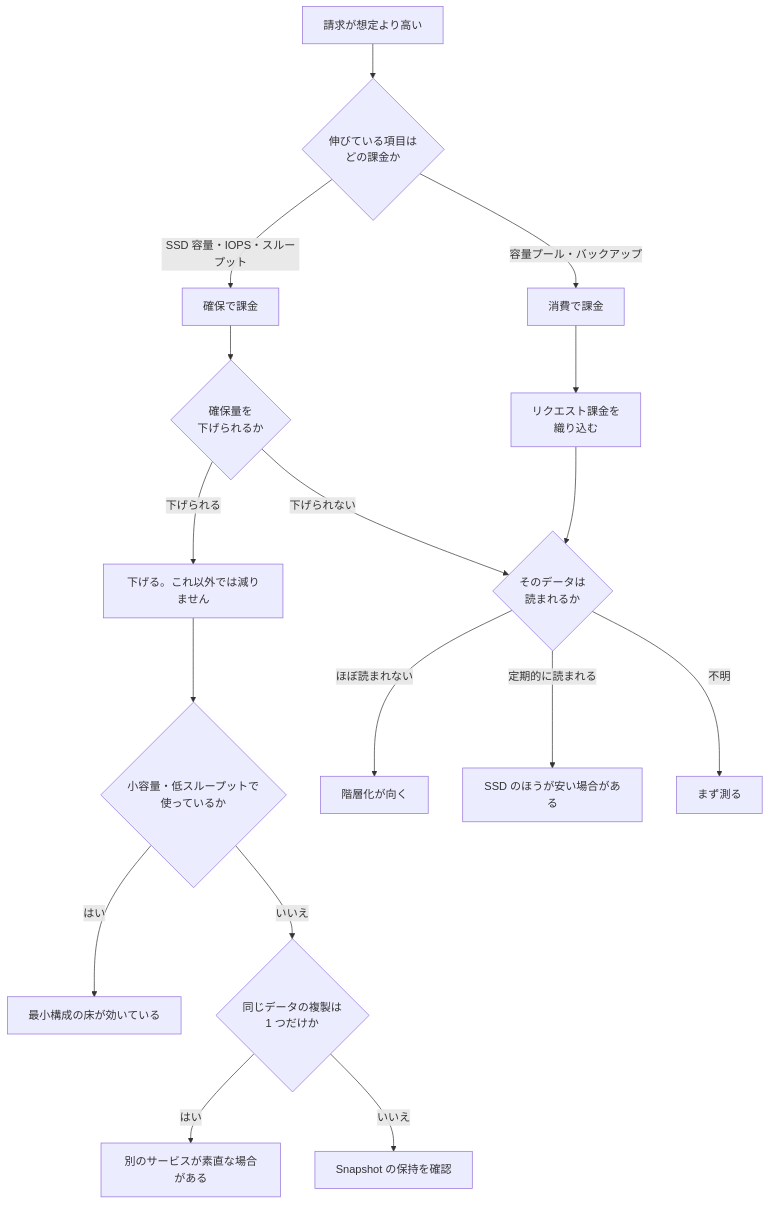
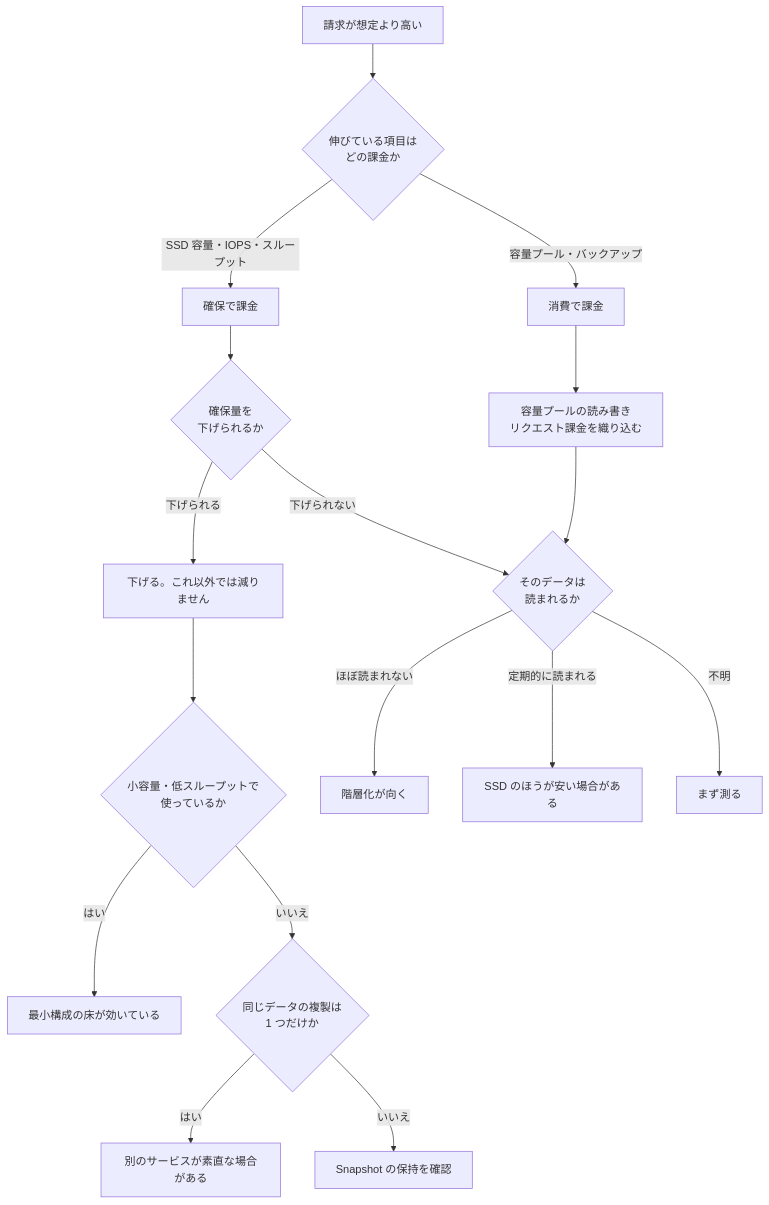
One commit to Yoshiki0705/FSx-for-ONTAP-Adoption-Playbook changed the diagram in docs/ja/reference/decision-trees/cost-higher-than-expected.md. Above: the diagram before and after it, drawn with Mermaid. The commit also changed other lines of this file and 23 other files, not shown here.

````diff
--- a/docs/ja/reference/decision-trees/cost-higher-than-expected.md
+++ b/docs/ja/reference/decision-trees/cost-higher-than-expected.md
@@ -56,19 +56,19 @@
 ```mermaid
 graph TD
     A[請求が想定より高い] --> B{伸びている項目は<br/>どの課金か}
     B -->|SSD 容量・IOPS・スループット| P[確保で課金]
     B -->|容量プール・バックアップ| C[消費で課金]
     P --> P1{確保量を<br/>下げられるか}
     P1 -->|下げられる| DOWN[下げる。これ以外では減りません]
     P1 -->|下げられない| ACC
-    C --> REQ[リクエスト課金を<br/>織り込む]
+    C --> REQ[容量プールの読み書き<br/>リクエスト課金を織り込む]
     REQ --> ACC{そのデータは<br/>読まれるか}
     ACC -->|ほぼ読まれない| TIER[階層化が向く]
     ACC -->|定期的に読まれる| STAY[SSD のほうが安い場合がある]
     ACC -->|不明| MEASURE[まず測る]
     DOWN --> FLOOR{小容量・低スループットで<br/>使っているか}
     FLOOR -->|はい| MIN[最小構成の床が効いている]
     FLOOR -->|いいえ| COPIES{同じデータの複製は<br/>1 つだけか}
     COPIES -->|はい| OTHER[別のサービスが素直な場合がある]
     COPIES -->|いいえ| SNAP[Snapshot の保持を確認]
 ```
````
